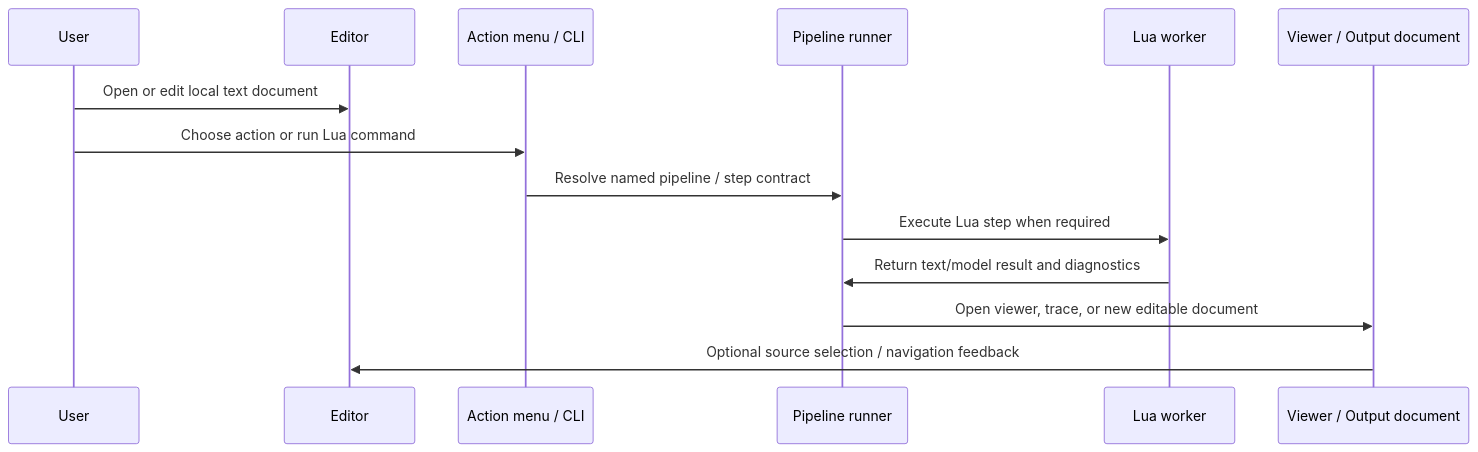
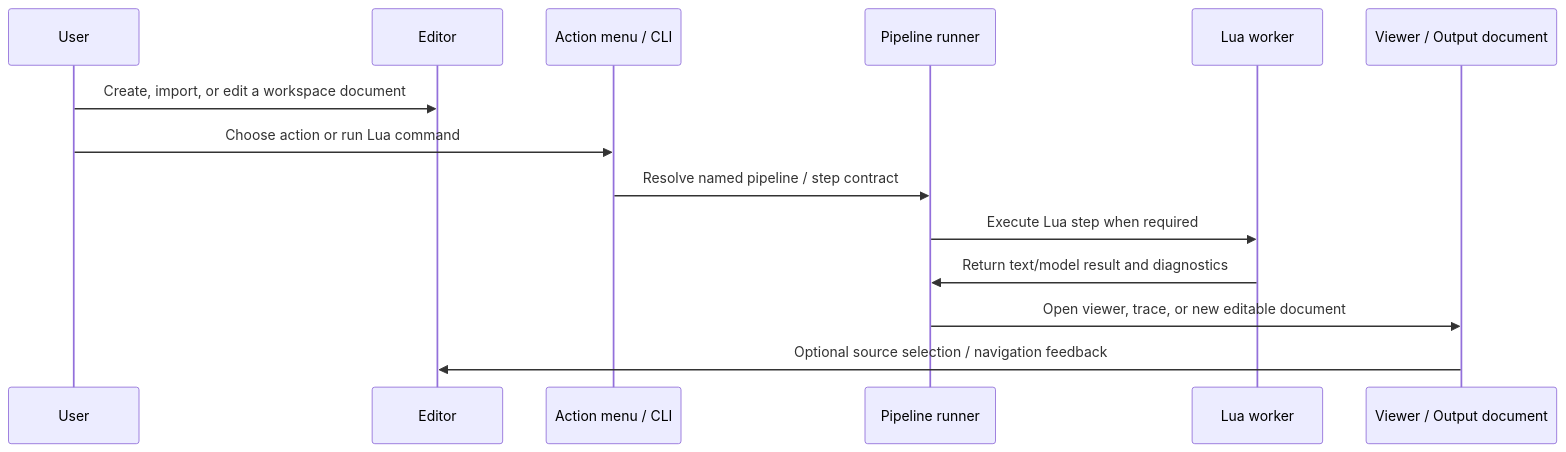
One commit to NevynIt/TextForge changed the second of 2 diagrams in src/resources/docs/papers/summary.md. Above: the diagram before and after it, drawn with Mermaid. The commit also changed other lines of this file and 6 other files, not shown here.

````diff
--- a/src/resources/docs/papers/summary.md
+++ b/src/resources/docs/papers/summary.md
@@ -67,17 +67,17 @@
 ```mermaid
 sequenceDiagram
   participant U as User
   participant E as Editor
   participant A as Action menu / CLI
   participant P as Pipeline runner
   participant L as Lua worker
   participant V as Viewer / Output document
 
-  U->>E: Open or edit local text document
+  U->>E: Create, import, or edit a workspace document
   U->>A: Choose action or run Lua command
   A->>P: Resolve named pipeline / step contract
   P->>L: Execute Lua step when required
   L->>P: Return text/model result and diagnostics
   P->>V: Open viewer, trace, or new editable document
   V->>E: Optional source selection / navigation feedback
 ```
````
